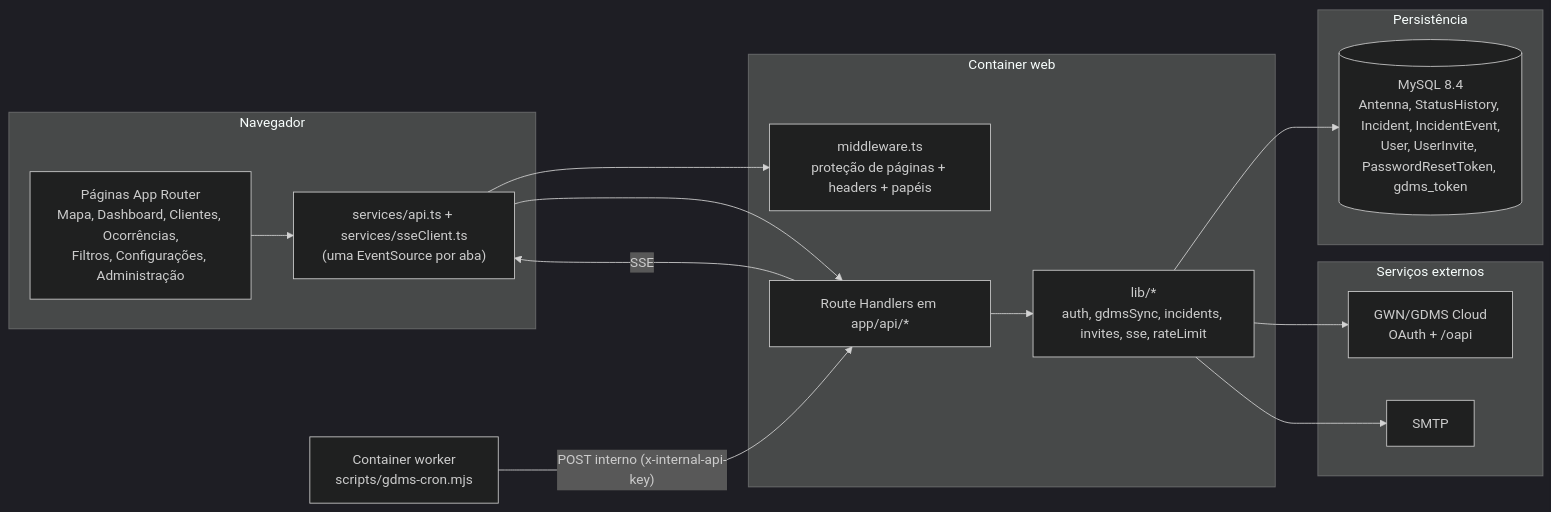
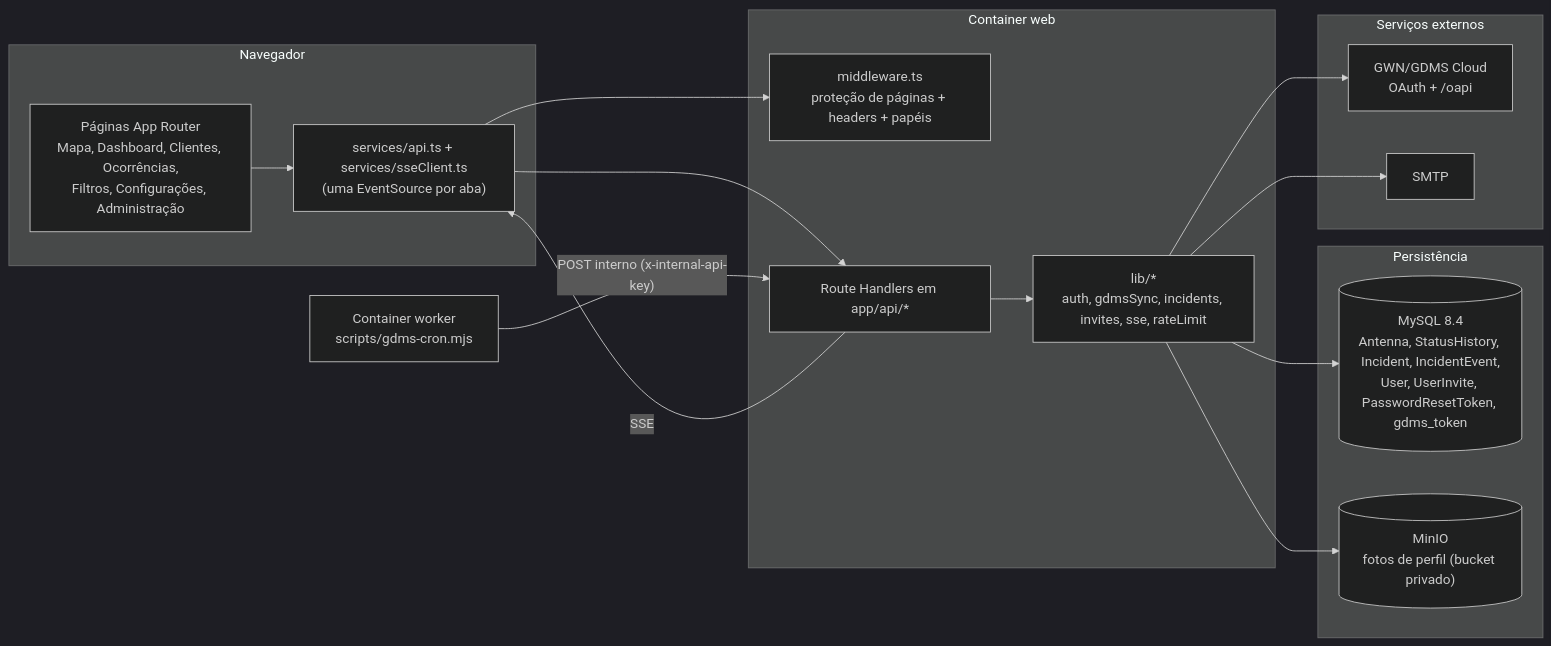
Before and after one commit to jefersonrocha-py/statsAP: the first of 5 diagrams in README.md, drawn with Mermaid (dark theme). The commit also changed other lines of this file and 1 other file, not shown here.

Commit message:
docs: Minha Conta, MinIO e ajustes da rodada no README e no CHANGELOG

````diff
--- a/README.md
+++ b/README.md
@@ -97,34 +101,36 @@
 ```mermaid
 flowchart LR
   subgraph Browser["Navegador"]
     UI["Páginas App Router<br/>Mapa, Dashboard, Clientes, Ocorrências,<br/>Filtros, Configurações, Administração"]
     FE["services/api.ts + services/sseClient.ts<br/>(uma EventSource por aba)"]
   end
 
   subgraph Web["Container web"]
     MW["middleware.ts<br/>proteção de páginas + headers + papéis"]
     API["Route Handlers em app/api/*"]
     CORE["lib/*<br/>auth, gdmsSync, incidents, invites, sse, rateLimit"]
   end
 
   subgraph Data["Persistência"]
     DB[("MySQL 8.4<br/>Antenna, StatusHistory, Incident, IncidentEvent,<br/>User, UserInvite, PasswordResetToken, gdms_token")]
+    S3[("MinIO<br/>fotos de perfil (bucket privado)")]
   end
 
   subgraph External["Serviços externos"]
     GDMS["GWN/GDMS Cloud<br/>OAuth + /oapi"]
     SMTP["SMTP"]
   end
 
   Worker["Container worker<br/>scripts/gdms-cron.mjs"]
 
   UI --> FE
   FE --> MW
   FE --> API
   API --> CORE
   CORE --> DB
   CORE --> GDMS
   CORE --> SMTP
+  CORE --> S3
   Worker -->|"POST interno (x-internal-api-key)"| API
   API -->|SSE| FE
 ```
````
